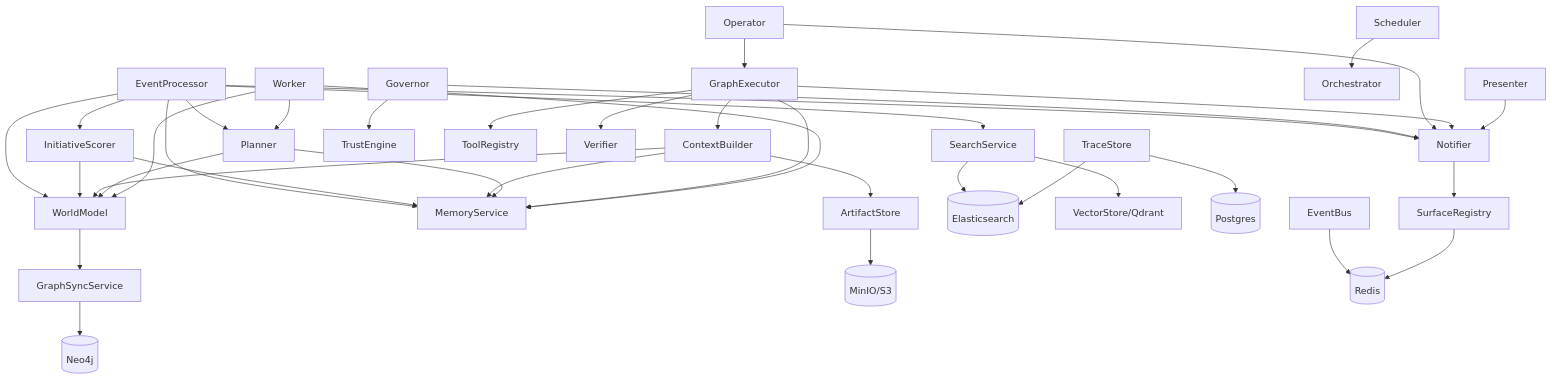
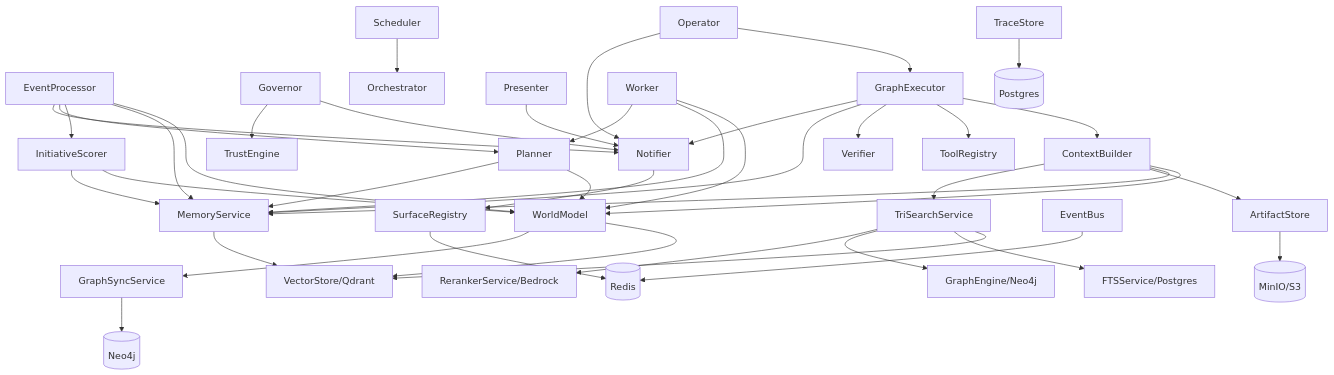
Before and after one commit to shivadharmi/muldro: the diagram in docs/architecture/services.md, drawn with Mermaid. The commit also changed other lines of this file and 60 other files, not shown here.

First line of the commit message:
refactor: replace Elasticsearch with TriSearch (Qdrant + Postgres FTS + Neo4j)

````diff
--- a/docs/architecture/services.md
+++ b/docs/architecture/services.md
@@ -619,47 +643,50 @@
 ```mermaid
 graph TD
     EP[EventProcessor] --> WM[WorldModel]
     EP --> MS[MemoryService]
     EP --> IS[InitiativeScorer]
     EP --> PL[Planner]
     EP --> NT[Notifier]
-    EP --> SS[SearchService]
 
     IS --> WM
     IS --> MS
     CB[ContextBuilder] --> WM
     CB --> MS
     CB --> AS[ArtifactStore]
+    CB --> TS_SEARCH[TriSearchService]
 
     PL --> WM
     PL --> MS
 
     GOV[Governor] --> NT
     GOV --> TE[TrustEngine]
 
     OP[Operator] --> GE[GraphExecutor]
     OP --> NT
 
     GE --> CB
     GE --> TR[ToolRegistry]
     GE --> VER[Verifier]
     GE --> MS
     GE --> NT
 
     PR[Presenter] --> NT
 
     SCH[Scheduler] --> ORCH[Orchestrator]
     WK[Worker] --> WM
     WK --> MS
     WK --> PL
 
-    SS --> ES[(Elasticsearch)]
-    SS --> VS[VectorStore/Qdrant]
+    TS_SEARCH --> VS[VectorStore/Qdrant]
+    TS_SEARCH --> FTS[FTSService/Postgres]
+    TS_SEARCH --> N4J_E[GraphEngine/Neo4j]
+    TS_SEARCH --> RR[RerankerService/Bedrock]
+    WM --> VS
     WM --> GSS[GraphSyncService]
+    MS --> VS
     GSS --> N4J[(Neo4j)]
     AS --> S3[(MinIO/S3)]
     TS[TraceStore] --> PG[(Postgres)]
-    TS --> ES
     EB[EventBus] --> RD[(Redis)]
     NT --> SR[SurfaceRegistry] --> RD
 ```
````
